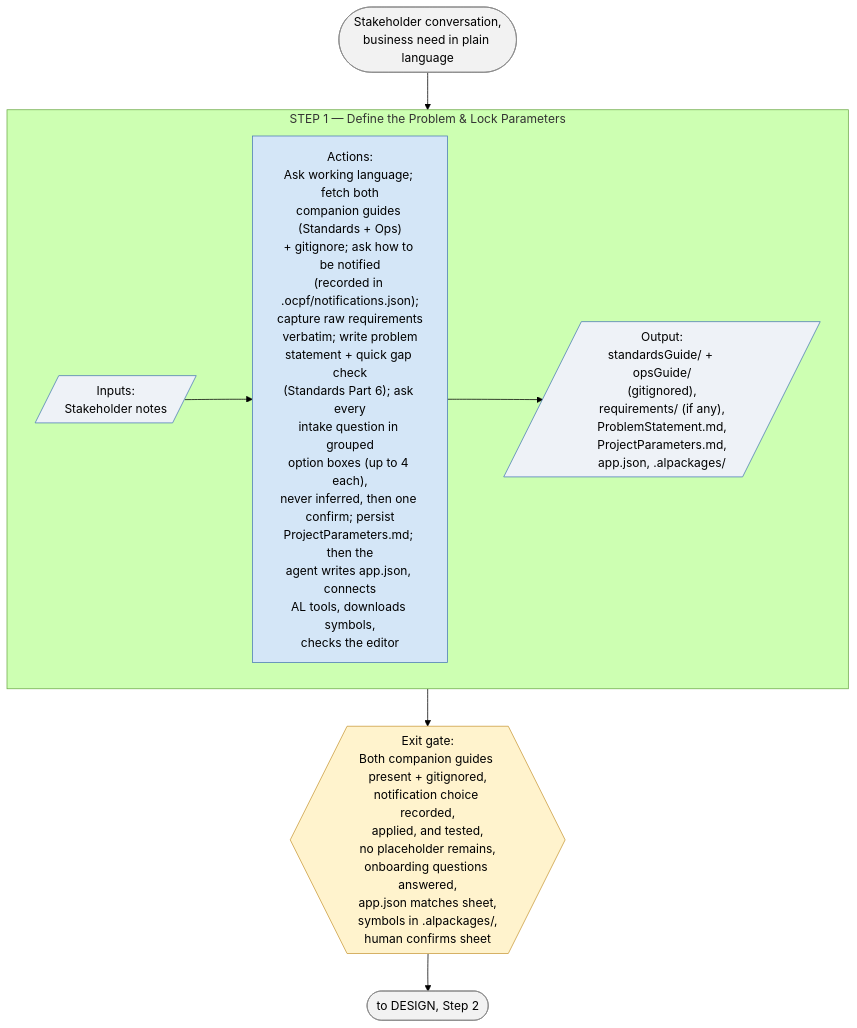
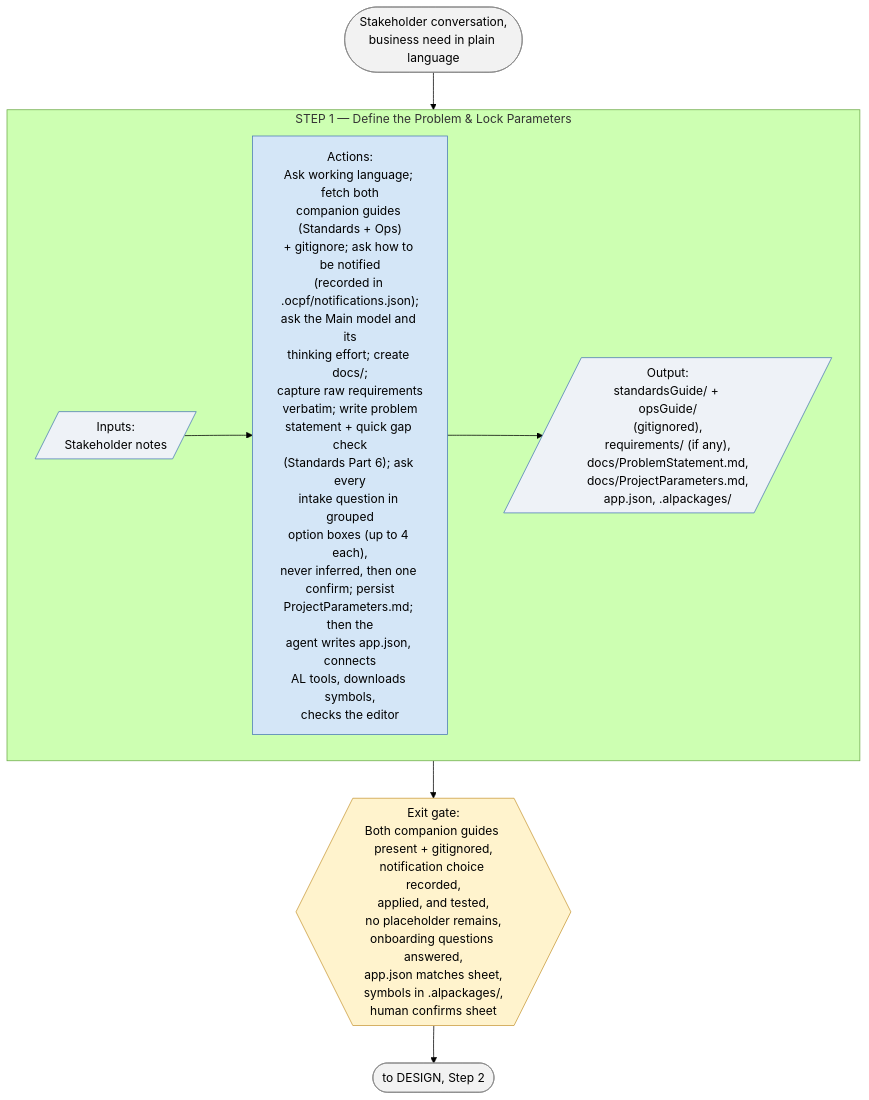
The third of 7 diagrams in liteVersion/LITE_RunbookSchematics.md (ajansari/ocpfBcAgenticDevFramework), drawn with Mermaid (forest theme) before and after one commit. The commit also changed other lines of this file and 26 other files, not shown here.

````diff
--- a/liteVersion/LITE_RunbookSchematics.md
+++ b/liteVersion/LITE_RunbookSchematics.md
@@ -116,21 +118,21 @@
 ```mermaid
 flowchart TD
     Start(["Stakeholder conversation,<br/>business need in plain language"]) --> S1
 
     subgraph S1["STEP 1 — Define the Problem & Lock Parameters"]
         direction LR
-        In1[/"Inputs:<br/>Stakeholder notes"/] --> Act1["Actions:<br/>Ask working language; fetch both<br/>companion guides (Standards + Ops)<br/>+ gitignore; ask how to be notified<br/>(recorded in .ocpf/notifications.json);<br/>capture raw requirements<br/>verbatim; write problem<br/>statement + quick gap check<br/>(Standards Part 6); ask every<br/>intake question in grouped<br/>option boxes (up to 4 each),<br/>never inferred, then one confirm; persist<br/>ProjectParameters.md; then the<br/>agent writes app.json, connects<br/>AL tools, downloads symbols,<br/>checks the editor"] --> Out1[/"Output:<br/>standardsGuide/ + opsGuide/<br/>(gitignored),<br/>requirements/ (if any),<br/>ProblemStatement.md,<br/>ProjectParameters.md,<br/>app.json, .alpackages/"/]
+        In1[/"Inputs:<br/>Stakeholder notes"/] --> Act1["Actions:<br/>Ask working language; fetch both<br/>companion guides (Standards + Ops)<br/>+ gitignore; ask how to be notified<br/>(recorded in .ocpf/notifications.json);<br/>ask the Main model and its<br/>thinking effort; create docs/;<br/>capture raw requirements<br/>verbatim; write problem<br/>statement + quick gap check<br/>(Standards Part 6); ask every<br/>intake question in grouped<br/>option boxes (up to 4 each),<br/>never inferred, then one confirm; persist<br/>ProjectParameters.md; then the<br/>agent writes app.json, connects<br/>AL tools, downloads symbols,<br/>checks the editor"] --> Out1[/"Output:<br/>standardsGuide/ + opsGuide/<br/>(gitignored),<br/>requirements/ (if any),<br/>docs/ProblemStatement.md,<br/>docs/ProjectParameters.md,<br/>app.json, .alpackages/"/]
     end
     S1 --> Gate1{{"Exit gate:<br/>Both companion guides present + gitignored,<br/>notification choice recorded,<br/>applied, and tested,<br/>no placeholder remains,<br/>onboarding questions answered,<br/>app.json matches sheet,<br/>symbols in .alpackages/,<br/>human confirms sheet"}}
 
     Gate1 --> Next(["to DESIGN, Step 2"])
 
     classDef io fill:#eef2f7,stroke:#4a7ab5,stroke-width:1px;
     classDef act fill:#d4e6f7,stroke:#4a7ab5,stroke-width:1px;
     classDef gate fill:#fff3cd,stroke:#c99a3a,stroke-width:1px;
     classDef endpoint fill:#f2f2f2,stroke:#888,stroke-width:1px;
     class In1,Out1 io;
     class Act1 act;
     class Gate1 gate;
     class Start,Next endpoint;
 ```
````
